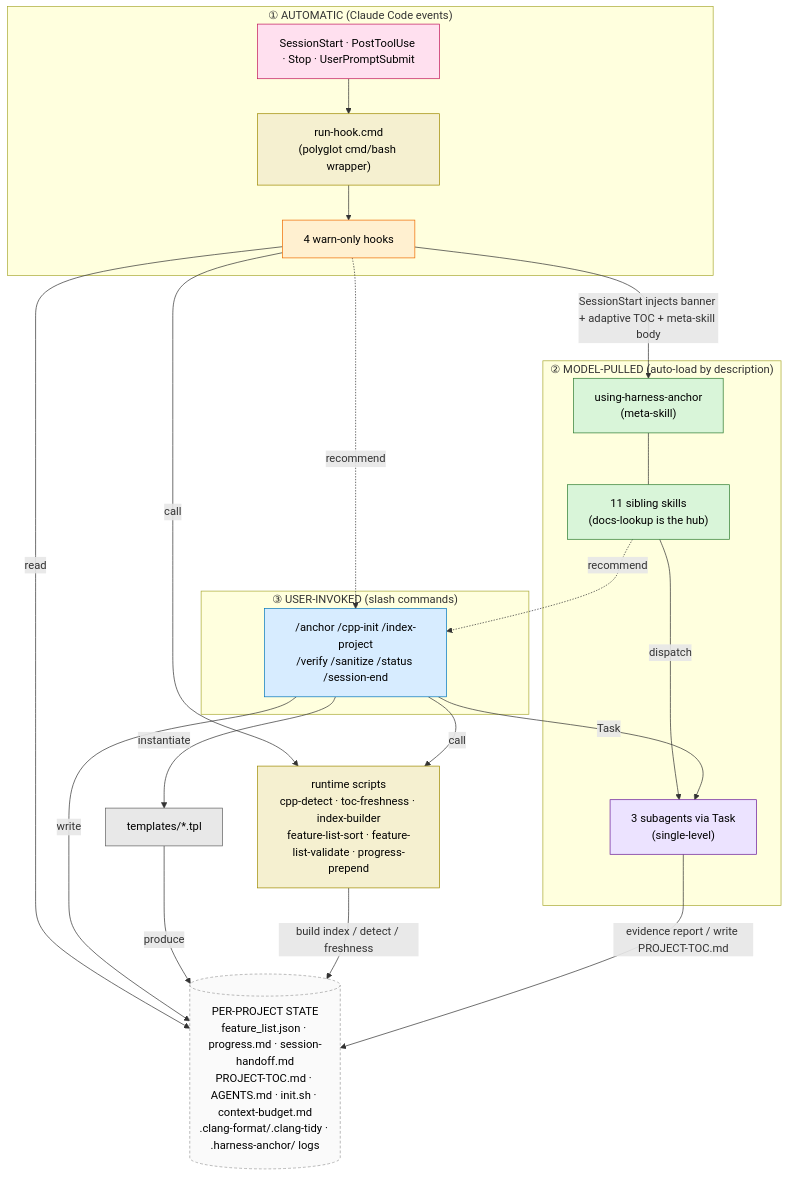
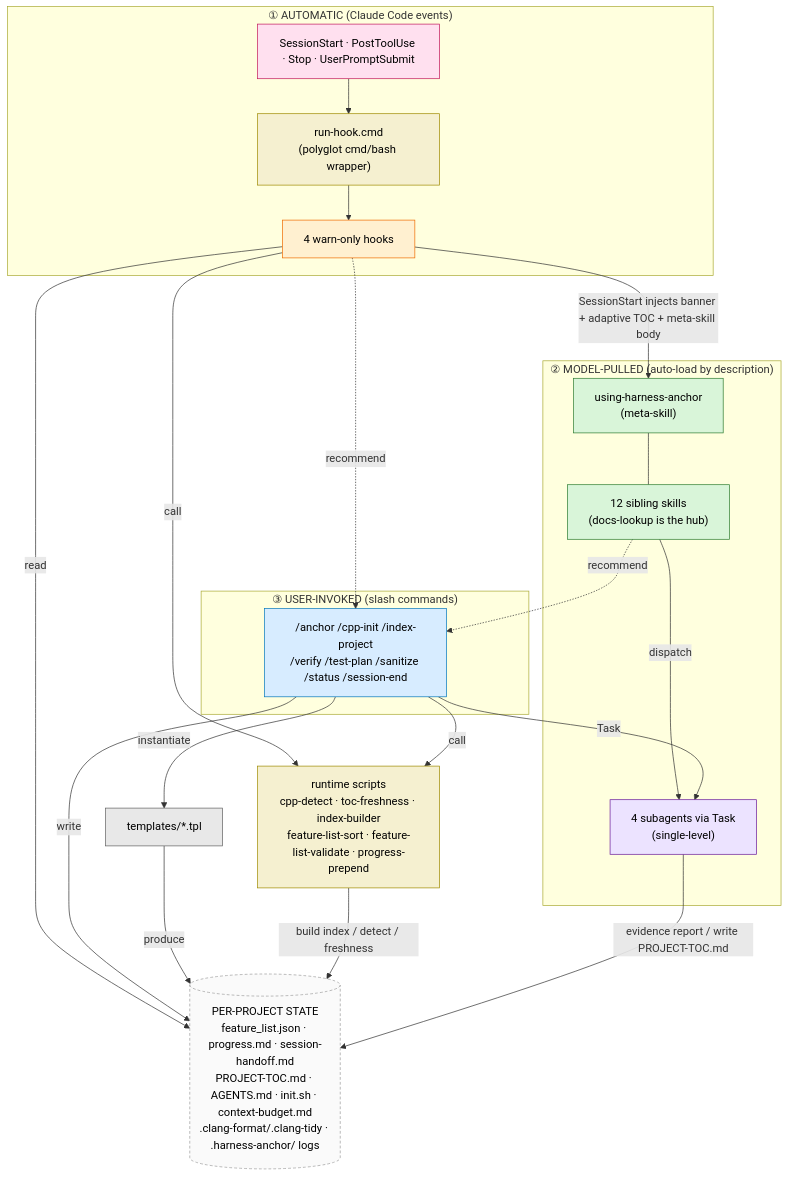
The second of 6 diagrams in docs/architecture.md (Redtropig/harness-anchor), drawn with Mermaid before and after one commit. The commit also changed other lines of this file and 3 other files, not shown here.

First line of the commit message:
docs(test-coverage): document coverage-analyst, test-coverage-design, /test-plan

````diff
--- a/docs/architecture.md
+++ b/docs/architecture.md
@@ -55,47 +55,47 @@
 ```mermaid
 flowchart TB
   classDef evt fill:#ffe0ef,stroke:#c2185b,color:#000
   classDef hook fill:#fff0d0,stroke:#ef6c00,color:#000
   classDef cmd fill:#d7ecff,stroke:#0277bd,color:#000
   classDef skill fill:#d9f5d9,stroke:#2e7d32,color:#000
   classDef agent fill:#ece3ff,stroke:#6a1b9a,color:#000
   classDef script fill:#f5f0d0,stroke:#9e8a00,color:#000
   classDef tpl fill:#e8e8e8,stroke:#616161,color:#000
   classDef state fill:#fafafa,stroke:#9e9e9e,color:#000,stroke-dasharray:4 3
 
   subgraph AUTO["① AUTOMATIC (Claude Code events)"]
     EV["SessionStart · PostToolUse · Stop · UserPromptSubmit"]:::evt
     RUN["run-hook.cmd<br/>(polyglot cmd/bash wrapper)"]:::script
     HOOKS["4 warn-only hooks"]:::hook
     EV --> RUN --> HOOKS
   end
 
   subgraph PULL["② MODEL-PULLED (auto-load by description)"]
     META["using-harness-anchor<br/>(meta-skill)"]:::skill
-    SKILLS["11 sibling skills<br/>(docs-lookup is the hub)"]:::skill
-    AGENTS["3 subagents via Task<br/>(single-level)"]:::agent
+    SKILLS["12 sibling skills<br/>(docs-lookup is the hub)"]:::skill
+    AGENTS["4 subagents via Task<br/>(single-level)"]:::agent
     META --- SKILLS
     SKILLS -->|"dispatch"| AGENTS
   end
 
   subgraph USER["③ USER-INVOKED (slash commands)"]
-    CMDS["/anchor /cpp-init /index-project<br/>/verify /sanitize /status /session-end"]:::cmd
+    CMDS["/anchor /cpp-init /index-project<br/>/verify /test-plan /sanitize /status /session-end"]:::cmd
   end
 
   HELP["runtime scripts<br/>cpp-detect · toc-freshness · index-builder<br/>feature-list-sort · feature-list-validate · progress-prepend"]:::script
   TPL["templates/*.tpl"]:::tpl
   STATE[("PER-PROJECT STATE<br/>feature_list.json · progress.md · session-handoff.md<br/>PROJECT-TOC.md · AGENTS.md · init.sh · context-budget.md<br/>.clang-format/.clang-tidy · .harness-anchor/ logs")]:::state
 
   HOOKS -->|"read"| STATE
   HOOKS -->|"call"| HELP
   HOOKS -->|"SessionStart injects banner + adaptive TOC + meta-skill body"| META
   HOOKS -.->|"recommend"| CMDS
   SKILLS -.->|"recommend"| CMDS
   CMDS -->|"call"| HELP
   CMDS -->|"Task"| AGENTS
   CMDS -->|"instantiate"| TPL
   CMDS -->|"write"| STATE
   TPL -->|"produce"| STATE
   HELP -->|"build index / detect / freshness"| STATE
   AGENTS -->|"evidence report / write PROJECT-TOC.md"| STATE
 ```
````
